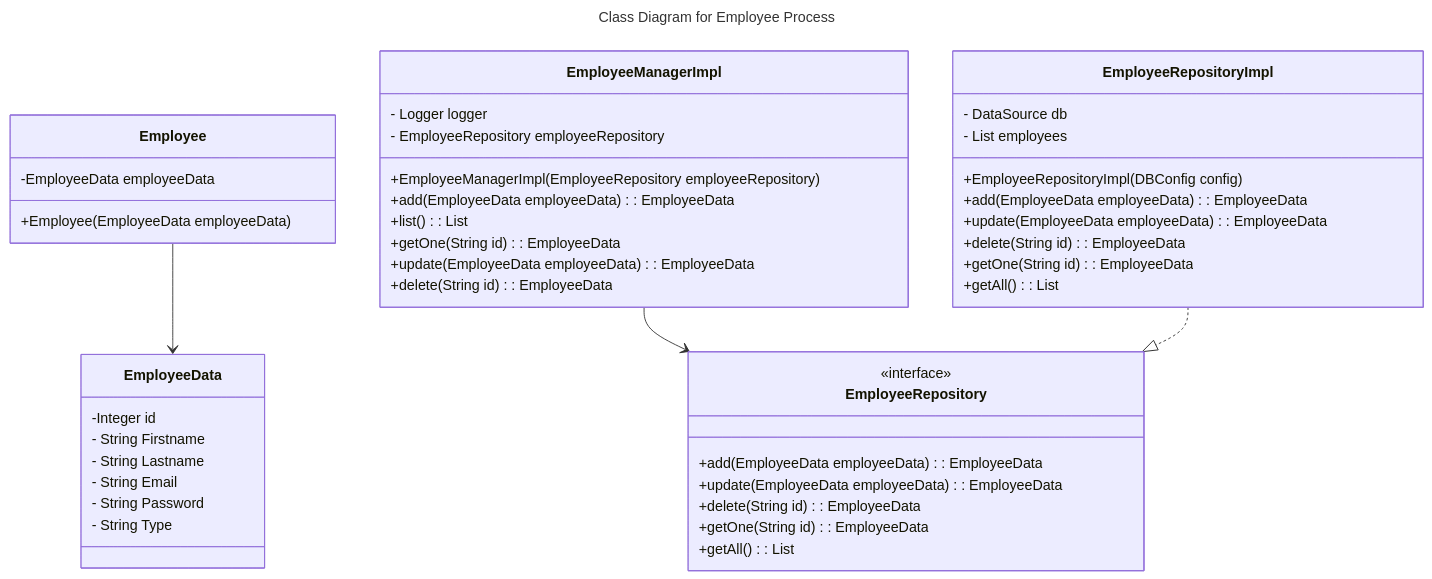
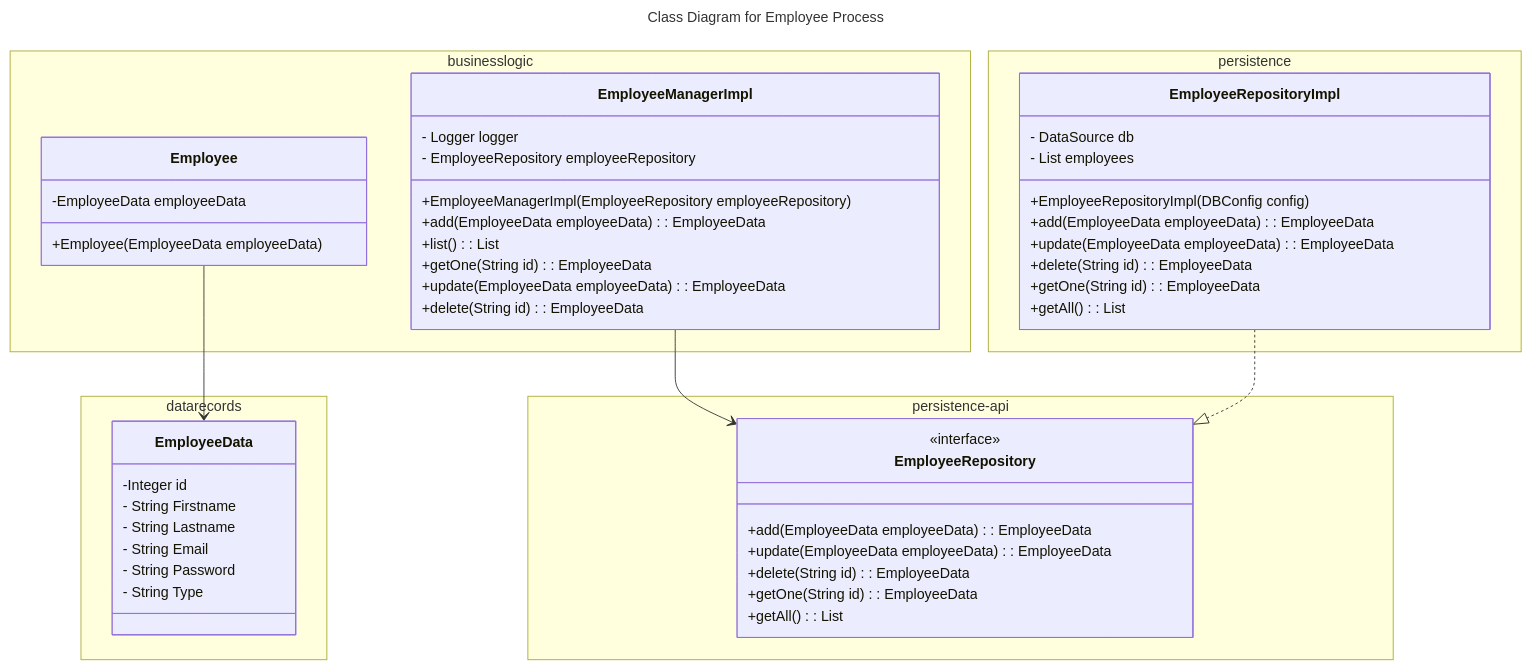
Before and after one commit to Leonardo-Notargiacomo/SkyVoyage: the diagram in design/classDiagrams/mermaid/employeeClassDiagram.md, drawn with Mermaid. The commit also changed 1 other file, not shown here.

Commit message:
modify the application & employee class diagrams

````diff
--- a/design/classDiagrams/mermaid/employeeClassDiagram.md
+++ b/design/classDiagrams/mermaid/employeeClassDiagram.md
@@ -1,56 +1,63 @@
 ```mermaid
 ---
 title: Class Diagram for Employee Process
 ---
 classDiagram
-
-    class EmployeeData {
-        -Integer id
-        - String Firstname
-        - String Lastname
-        - String Email
-        - String Password
-        - String Type
+    
+    namespace datarecords {
+        class EmployeeData {
+            -Integer id
+            - String Firstname
+            - String Lastname
+            - String Email
+            - String Password
+            - String Type
+        }
+    }
+    
+    namespace businesslogic {
+        class Employee {
+            -EmployeeData employeeData
+            +Employee(EmployeeData employeeData)
+        }
+        class EmployeeManagerImpl {
+            - Logger logger
+            - EmployeeRepository employeeRepository
+            +EmployeeManagerImpl(EmployeeRepository employeeRepository)
+            +add(EmployeeData employeeData): EmployeeData
+            +list(): List<EmployeeData>
+            +getOne(String id): EmployeeData
+            +update(EmployeeData employeeData): EmployeeData
+            +delete(String id): EmployeeData
+        }
     }
 
-    class Employee {
-        -EmployeeData employeeData
-        +Employee(EmployeeData employeeData)
+    namespace persistence-api {
+        class EmployeeRepository {
+            <<interface>>
+            +add(EmployeeData employeeData): EmployeeData
+            +update(EmployeeData employeeData): EmployeeData
+            +delete(String id): EmployeeData
+            +getOne(String id): EmployeeData
+            +getAll(): List<EmployeeData>
+        }
     }
 
-    class EmployeeManagerImpl {
-        - Logger logger
-        - EmployeeRepository employeeRepository
-        +EmployeeManagerImpl(EmployeeRepository employeeRepository)
-        +add(EmployeeData employeeData): EmployeeData
-        +list(): List<EmployeeData>
-        +getOne(String id): EmployeeData
-        +update(EmployeeData employeeData): EmployeeData
-        +delete(String id): EmployeeData
-    }
-
-    class EmployeeRepository {
-        <<interface>>
-        +add(EmployeeData employeeData): EmployeeData
-        +update(EmployeeData employeeData): EmployeeData
-        +delete(String id): EmployeeData
-        +getOne(String id): EmployeeData
-        +getAll(): List<EmployeeData>
-    }
-
-    class EmployeeRepositoryImpl {
-        - DataSource db
-        - List<EmployeeData> employees
-        +EmployeeRepositoryImpl(DBConfig config)
-        +add(EmployeeData employeeData): EmployeeData
-        +update(EmployeeData employeeData): EmployeeData
-        +delete(String id): EmployeeData
-        +getOne(String id): EmployeeData
-        +getAll(): List<EmployeeData>
+    namespace persistence {
+        class EmployeeRepositoryImpl {
+            - DataSource db
+            - List<EmployeeData> employees
+            +EmployeeRepositoryImpl(DBConfig config)
+            +add(EmployeeData employeeData): EmployeeData
+            +update(EmployeeData employeeData): EmployeeData
+            +delete(String id): EmployeeData
+            +getOne(String id): EmployeeData
+            +getAll(): List<EmployeeData>
+        }
     }
 
     EmployeeManagerImpl --> EmployeeRepository
     EmployeeRepositoryImpl ..|> EmployeeRepository
     Employee --> EmployeeData
 
 ```
````
